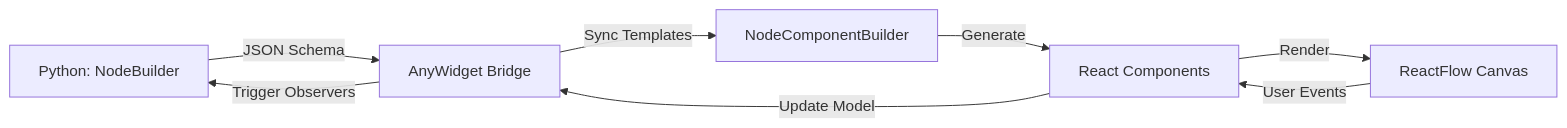
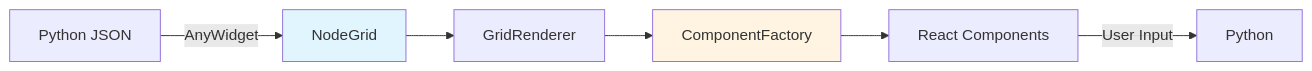
The diagram in docs/developer/index.md (HenningScheufler/pynodewidget), drawn with Mermaid before and after one commit. The commit also changed other lines of this file and 134 other files, not shown here.

````diff
--- a/docs/developer/index.md
+++ b/docs/developer/index.md
@@ -28,10 +29,11 @@
 ```mermaid
 graph LR
-    A[Python: NodeBuilder] -->|JSON Schema| B[AnyWidget Bridge]
-    B -->|Sync Templates| C[NodeComponentBuilder]
-    C -->|Generate| D[React Components]
-    D -->|Render| E[ReactFlow Canvas]
-    E -->|User Events| D
-    D -->|Update Model| B
-    B -->|Trigger Observers| A
+    A[Python JSON] -->|AnyWidget| B[NodeGrid]
+    B --> C[GridRenderer]
+    C --> D[ComponentFactory]
+    D --> E[React Components]
+    E -->|User Input| F[Python]
+    
+    style B fill:#e1f5ff
+    style D fill:#fff4e1
 ```
````
